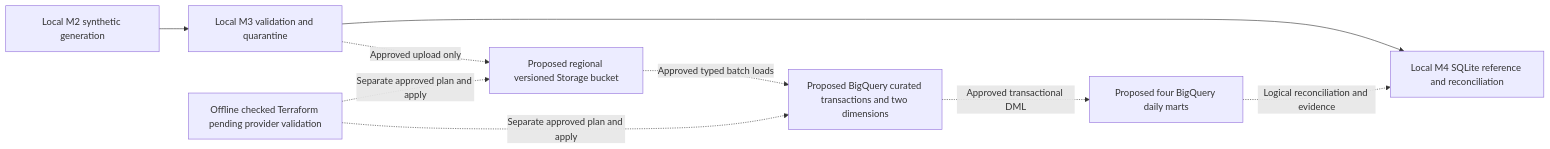
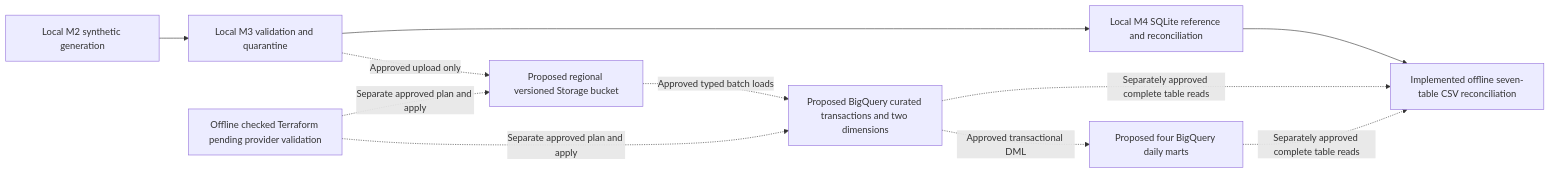
The diagram in diagrams/m5_deployment_readiness.mmd (Ibraheemolasupogit/enterprise-gcp-banking-fintech-ai-platform), drawn with Mermaid before and after one commit. The commit also changed 21 other files, not shown here.

```diff
--- a/diagrams/m5_deployment_readiness.mmd
+++ b/diagrams/m5_deployment_readiness.mmd
@@ -1,9 +1,11 @@
 flowchart LR
     M2[Local M2 synthetic generation] --> M3[Local M3 validation and quarantine]
     M3 --> M4[Local M4 SQLite reference and reconciliation]
     M3 -. Approved upload only .-> GCS[Proposed regional versioned Storage bucket]
     GCS -. Approved typed batch loads .-> BQ[Proposed BigQuery curated transactions and two dimensions]
     BQ -. Approved transactional DML .-> Marts[Proposed four BigQuery daily marts]
-    Marts -. Logical reconciliation and evidence .-> M4
+    M4 --> Compare[Implemented offline seven-table CSV reconciliation]
+    BQ -. Separately approved complete table reads .-> Compare
+    Marts -. Separately approved complete table reads .-> Compare
     TF[Offline checked Terraform pending provider validation] -. Separate approved plan and apply .-> GCS
     TF -. Separate approved plan and apply .-> BQ
```
